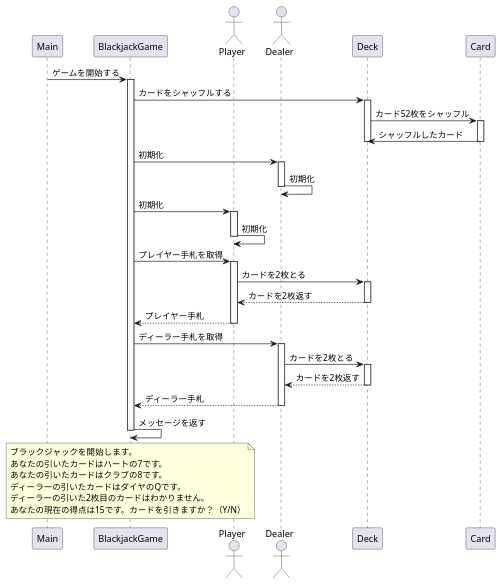
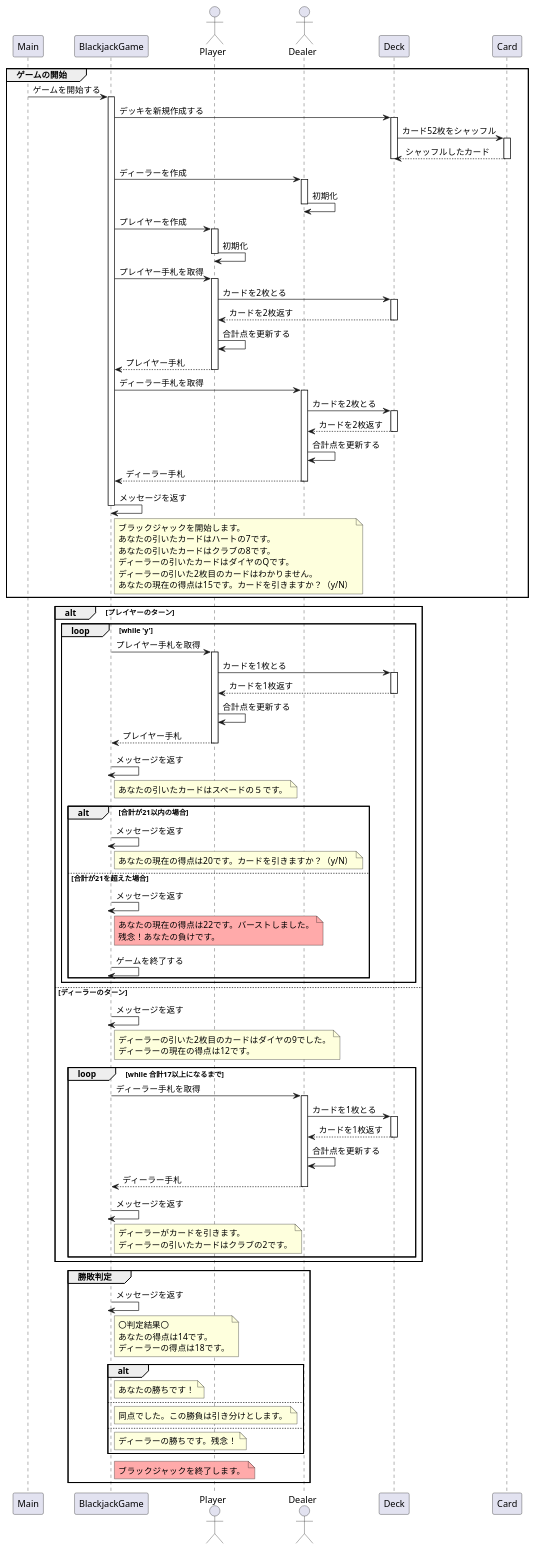
The diagram in uml/sequence.pu (mariko-mr/blackjack), drawn with PlantUML before and after one commit.

Commit message:
シーケンス図の更新

```diff
--- a/uml/sequence.pu
+++ b/uml/sequence.pu
@@ -1,62 +1,162 @@
 @startuml blackjack
 
 participant Main          as Main
 participant BlackjackGame as Game
 actor       Player        as P
 actor       Dealer        as D
 participant Deck          as Deck
 participant Card          as Card
 
-Main -> Game : ゲームを開始する
-activate Game
+group ゲームの開始
+    Main -> Game : ゲームを開始する
+    activate Game
 
-Game -> Deck : カードをシャッフルする
-activate Deck
-Deck -> Card : カード52枚をシャッフル
-activate Card
-Card -> Deck : シャッフルしたカード
-deactivate Card
-deactivate Deck
+    Game -> Deck : デッキを新規作成する
+    activate Deck
+    Deck -> Card : カード52枚をシャッフル
+    activate Card
+    Card --> Deck : シャッフルしたカード
+    deactivate Card
+    deactivate Deck
 
-Game -> D : 初期化
-activate D
-D -> D : 初期化
-deactivate D
+    Game -> D : ディーラーを作成
+    activate D
+    D -> D : 初期化
+    deactivate D
 
-Game -> P : 初期化
-activate P
-P -> P : 初期化
-deactivate P
+    Game -> P : プレイヤーを作成
+    activate P
+    P -> P : 初期化
+    deactivate P
 
-Game -> P : プレイヤー手札を取得
-activate P
-P -> Deck : カードを2枚とる
-activate Deck
-Deck --> P : カードを2枚返す
-deactivate Deck
-P --> Game : プレイヤー手札
-deactivate P
+    Game -> P : プレイヤー手札を取得
+    activate P
+    P -> Deck : カードを2枚とる
+    activate Deck
+    Deck --> P : カードを2枚返す
+    deactivate Deck
+    P -> P : 合計点を更新する
+    P --> Game : プレイヤー手札
+    deactivate P
+
+    Game -> D : ディーラー手札を取得
+    activate D
+    D -> Deck : カードを2枚とる
+    activate Deck
+    Deck  --> D : カードを2枚返す
+    deactivate Deck
+    D -> D : 合計点を更新する
+    D --> Game : ディーラー手札
+    deactivate D
+
+    Game -> Game : メッセージを返す
+    deactivate Game
+
+    note right Game
+        ブラックジャックを開始します。
+        あなたの引いたカードはハートの7です。
+        あなたの引いたカードはクラブの8です。
+        ディーラーの引いたカードはダイヤのQです。
+        ディーラーの引いた2枚目のカードはわかりません。
+        あなたの現在の得点は15です。カードを引きますか？（y/N）
+    end note
+end
 
 
-Game -> D : ディーラー手札を取得
-activate D
-D -> Deck : カードを2枚とる
-activate Deck
-Deck  --> D : カードを2枚返す
-deactivate Deck
-D --> Game : ディーラー手札
-deactivate D
+alt プレイヤーのターン
+    loop  while 'y'
+        Game -> P : プレイヤー手札を取得
+        activate P
+        P -> Deck : カードを1枚とる
+        activate Deck
+        Deck --> P : カードを1枚返す
+        deactivate Deck
+        P -> P : 合計点を更新する
+        P --> Game : プレイヤー手札
+        deactivate P
 
-Game -> Game : メッセージを返す
-deactivate Game
+        Game -> Game : メッセージを返す
+        deactivate Game
 
-note over Game
-ブラックジャックを開始します。
-あなたの引いたカードはハートの7です。
-あなたの引いたカードはクラブの8です。
-ディーラーの引いたカードはダイヤのQです。
-ディーラーの引いた2枚目のカードはわかりません。
-あなたの現在の得点は15です。カードを引きますか？（Y/N）
-end note
+        note right Game
+            あなたの引いたカードはスペードの５です。
+        end note
+
+        alt 合計が21以内の場合
+            Game -> Game : メッセージを返す
+            deactivate Game
+            note right Game
+                あなたの現在の得点は20です。カードを引きますか？（y/N）
+            end note
+
+        else 合計が21を超えた場合
+            Game -> Game : メッセージを返す
+            deactivate Game
+            note right Game #FFAAAA
+                あなたの現在の得点は22です。バーストしました。
+                残念！あなたの負けです。
+            end note
+            Game -> Game : ゲームを終了する
+            deactivate Game
+        end
+    end
+
+else ディーラーのターン
+    Game -> Game : メッセージを返す
+    deactivate Game
+    note right Game
+        ディーラーの引いた2枚目のカードはダイヤの9でした。
+        ディーラーの現在の得点は12です。
+    end note
+
+    loop while 合計17以上になるまで
+        Game -> D : ディーラー手札を取得
+        activate D
+        D -> Deck : カードを1枚とる
+        activate Deck
+        Deck  --> D : カードを1枚返す
+        deactivate Deck
+        D -> D : 合計点を更新する
+        D --> Game : ディーラー手札
+        deactivate D
+
+        Game -> Game : メッセージを返す
+        deactivate Game
+
+        note right Game
+            ディーラーがカードを引きます。
+            ディーラーの引いたカードはクラブの2です。
+        end note
+    end
+end
+
+group 勝敗判定
+    Game -> Game : メッセージを返す
+    deactivate Game
+
+    note right Game
+        〇判定結果〇
+        あなたの得点は14です。
+        ディーラーの得点は18です。
+    end note
+
+    alt
+        note right Game
+            あなたの勝ちです！
+        end note
+    else
+        note right Game
+            同点でした。この勝負は引き分けとします。
+        end note
+    else
+        note right Game
+            ディーラーの勝ちです。残念！
+        end note
+    end
+
+    note right Game #FFAAAA
+        ブラックジャックを終了します。
+    end note
+end
 
 @enduml
```
